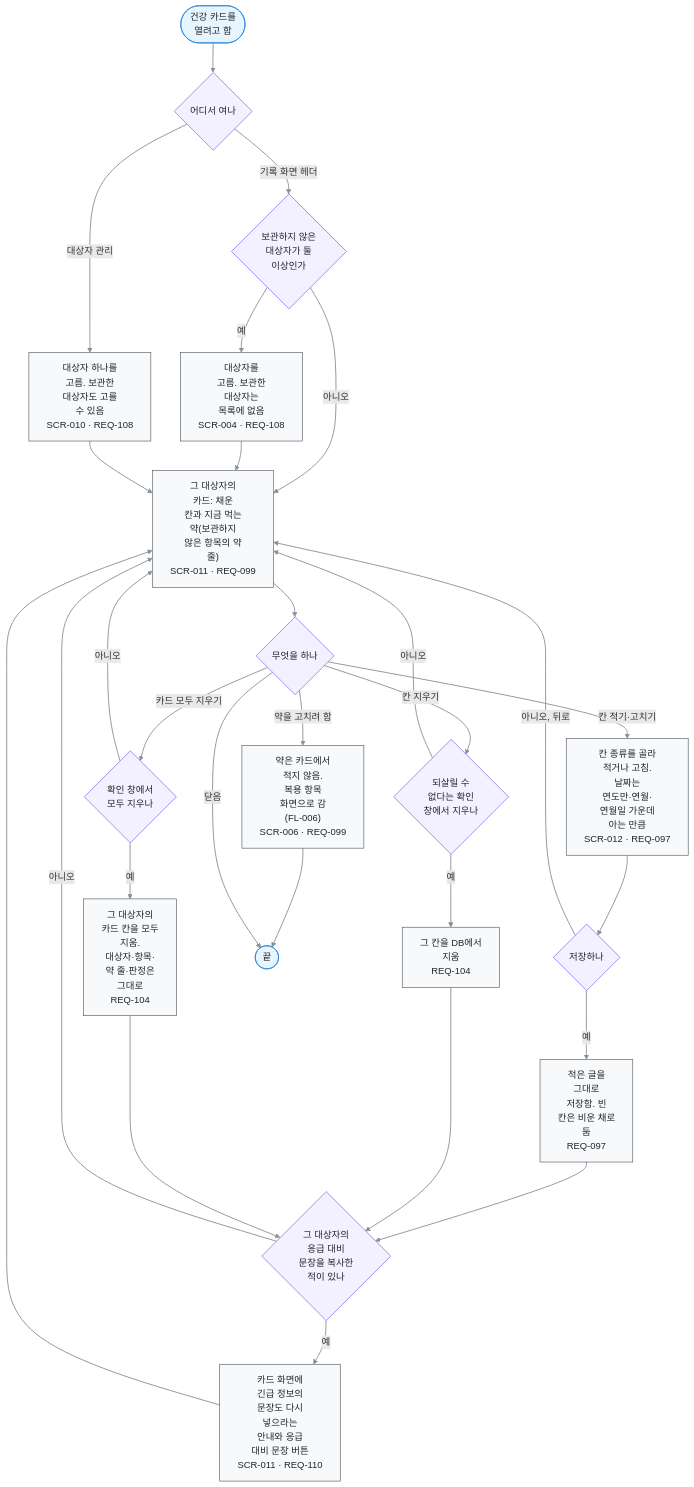
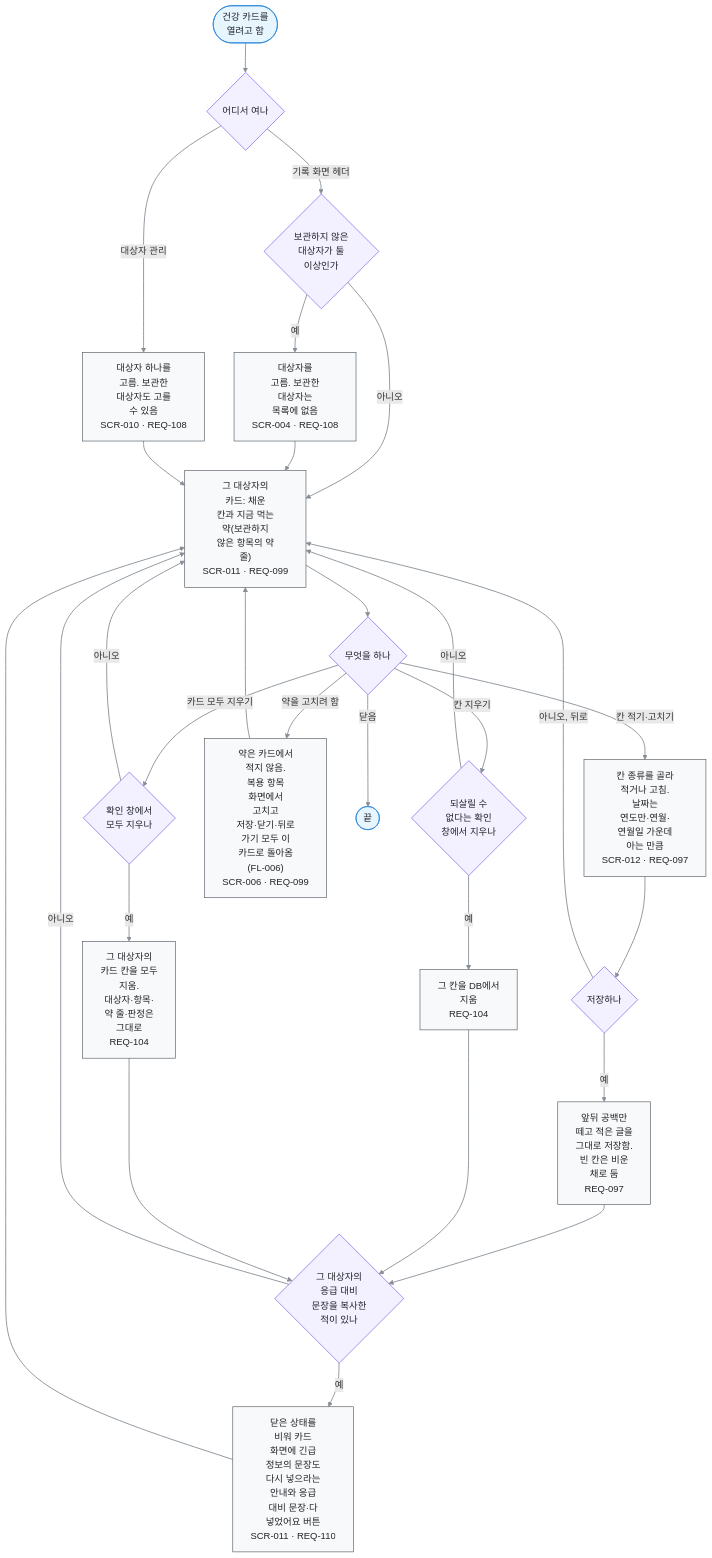
One commit to judangbang-ops/pillbadeum_release changed the diagram in docs/03-user-flow/FL-011-health-card.md. Above: the diagram before and after it, drawn with Mermaid. The commit also changed other lines of this file and 44 other files, not shown here.

````diff
--- a/docs/03-user-flow/FL-011-health-card.md
+++ b/docs/03-user-flow/FL-011-health-card.md
@@ -8,39 +8,39 @@
 ```mermaid
 flowchart TD
   A(["건강 카드를<br/>열려고 함"]) e1@--> B{"어디서 여나"}
   B e2@-- 기록 화면 헤더 --> C{"보관하지 않은<br/>대상자가 둘<br/>이상인가"}
   C e3@-- 예 --> C1["대상자를<br/>고름. 보관한<br/>대상자는<br/>목록에 없음<br/>SCR-004 · REQ-108"]
   C e4@-- 아니오 --> D["그 대상자의<br/>카드: 채운<br/>칸과 지금 먹는<br/>약(보관하지<br/>않은 항목의 약<br/>줄)<br/>SCR-011 · REQ-099"]
   C1 e5@--> D
   B e6@-- 대상자 관리 --> B1["대상자 하나를<br/>고름. 보관한<br/>대상자도 고를<br/>수 있음<br/>SCR-010 · REQ-108"]
   B1 e7@--> D
   D e8@--> E{"무엇을 하나"}
   E e9@-- 칸 적기·고치기 --> F["칸 종류를 골라<br/>적거나 고침.<br/>날짜는<br/>연도만·연월·<br/>연월일 가운데<br/>아는 만큼<br/>SCR-012 · REQ-097"]
   F e10@--> F1{"저장하나"}
-  F1 e11@-- 예 --> F2["적은 글을<br/>그대로<br/>저장함. 빈<br/>칸은 비운 채로<br/>둠<br/>REQ-097"]
+  F1 e11@-- 예 --> F2["앞뒤 공백만<br/>떼고 적은 글을<br/>그대로 저장함.<br/>빈 칸은 비운<br/>채로 둠<br/>REQ-097"]
   F1 e12@-- 아니오, 뒤로 --> D
   F2 e13@--> G{"그 대상자의<br/>응급 대비<br/>문장을 복사한<br/>적이 있나"}
-  G e14@-- 예 --> G1["카드 화면에<br/>긴급 정보의<br/>문장도 다시<br/>넣으라는<br/>안내와 응급<br/>대비 문장 버튼<br/>SCR-011 · REQ-110"]
+  G e14@-- 예 --> G1["닫은 상태를<br/>비워 카드<br/>화면에 긴급<br/>정보의 문장도<br/>다시 넣으라는<br/>안내와 응급<br/>대비 문장·다<br/>넣었어요 버튼<br/>SCR-011 · REQ-110"]
   G e15@-- 아니오 --> D
   G1 e16@--> D
   E e17@-- 칸 지우기 --> H{"되살릴 수<br/>없다는 확인<br/>창에서 지우나"}
   H e18@-- 예 --> H1["그 칸을 DB에서<br/>지움<br/>REQ-104"]
   H e19@-- 아니오 --> D
   H1 e20@--> G
   E e21@-- 카드 모두 지우기 --> I{"확인 창에서<br/>모두 지우나"}
   I e22@-- 예 --> I1["그 대상자의<br/>카드 칸을 모두<br/>지움.<br/>대상자·항목·<br/>약 줄·판정은<br/>그대로<br/>REQ-104"]
   I e23@-- 아니오 --> D
   I1 e24@--> G
-  E e25@-- 약을 고치려 함 --> J["약은 카드에서<br/>적지 않음.<br/>복용 항목<br/>화면으로 감<br/>(FL-006)<br/>SCR-006 · REQ-099"]
-  J e26@--> Z(["끝"])
-  E e27@-- 닫음 --> Z
+  E e25@-- 약을 고치려 함 --> J["약은 카드에서<br/>적지 않음.<br/>복용 항목<br/>화면에서<br/>고치고<br/>저장·닫기·뒤로<br/>가기 모두 이<br/>카드로 돌아옴<br/>(FL-006)<br/>SCR-006 · REQ-099"]
+  J e26@--> D
+  E e27@-- 닫음 --> Z(["끝"])
   %% legend: below
   classDef term fill:#e7f5ff,stroke:#1c7ed6,color:#212529
   classDef proc fill:#f8f9fa,stroke:#495057,color:#212529
   classDef decide fill:#f3f0ff,stroke:#7048e8,color:#212529
   classDef pass stroke:#868e96,stroke-width:1.5px
   class A,Z term
   class C1,B1,D,F,F2,G1,H1,I1,J proc
   class B,C,E,F1,G,H,I decide
   class e1,e2,e3,e4,e5,e6,e7,e8,e9,e10,e11,e12,e13,e14,e15,e16,e17,e18,e19,e20,e21,e22,e23,e24,e25,e26,e27 pass
 ```
````
